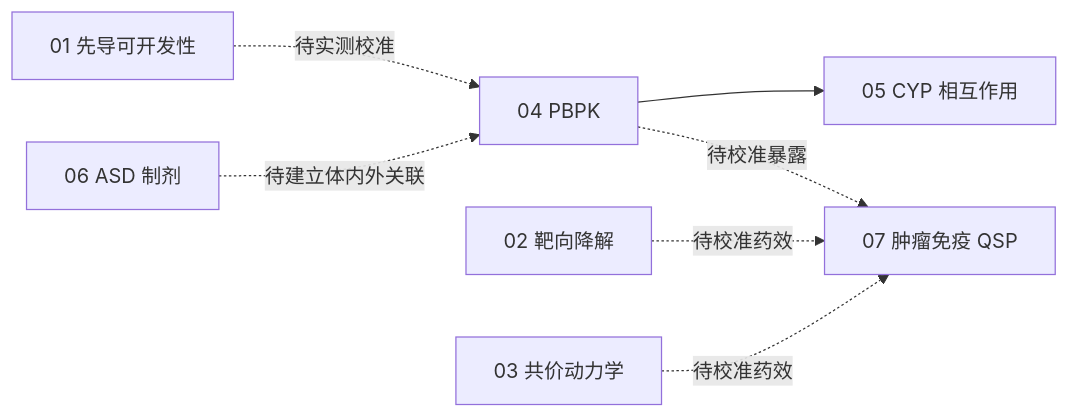
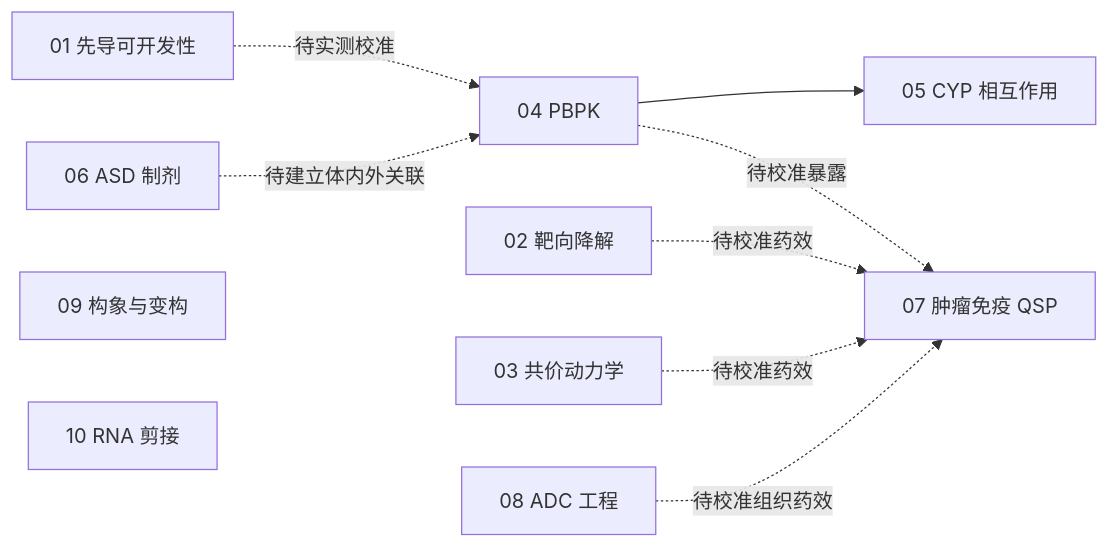
Before and after one commit to songsiyi2006-chem/ai4pharm-lead-developability-suite: the diagram in README.md, drawn with Mermaid. The commit also changed other lines of this file and 117 other files, not shown here.

Commit message:
feat(tasks8-10): add ADC, structural allostery and RNA splicing studies

````diff
--- a/README.md
+++ b/README.md
@@ -52,9 +57,12 @@
 ```mermaid
 flowchart LR
     A[01 先导可开发性] -. 待实测校准 .-> D[04 PBPK]
     B[02 靶向降解] -. 待校准药效 .-> G[07 肿瘤免疫 QSP]
     C[03 共价动力学] -. 待校准药效 .-> G
     F[06 ASD 制剂] -. 待建立体内外关联 .-> D
     D --> E[05 CYP 相互作用]
     D -. 待校准暴露 .-> G
+    H[08 ADC 工程] -. 待校准组织药效 .-> G
+    I[09 构象与变构]
+    J[10 RNA 剪接]
 ```
````
